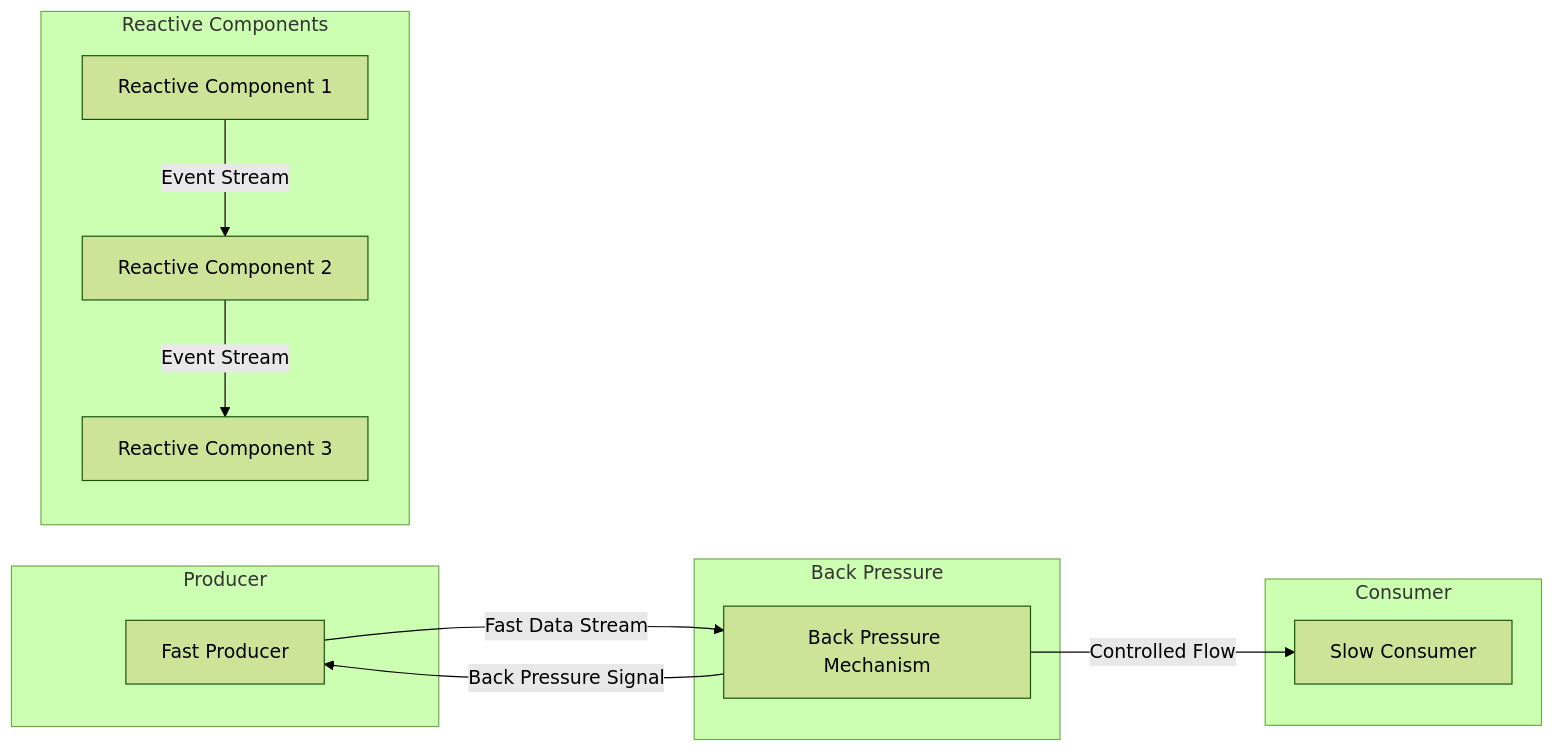
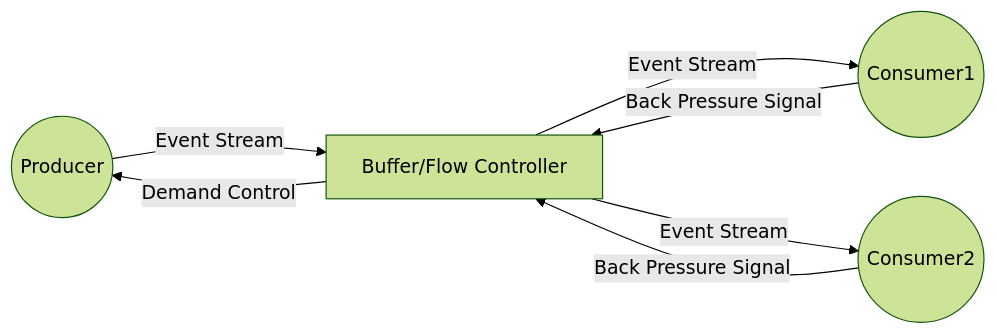
One commit to jjjjjunhyung/Roadmap changed diagram 11 of 13 in Challenge/System Architecture.md. Above: the diagram before and after it, drawn with Mermaid (forest theme). The commit also changed other lines of this file, not shown here.

Commit message:
Update System Architecture.md

````diff
--- a/Challenge/System Architecture.md
+++ b/Challenge/System Architecture.md
@@ -450,28 +450,9 @@
 ``` mermaid
-graph LR
-    subgraph "Producer"
-        P[Fast Producer]
-    end
-
-    subgraph "Back Pressure"
-        BP[Back Pressure Mechanism]
-    end
-
-    subgraph "Consumer"
-        C[Slow Consumer]
-    end
-
-    P -->|Fast Data Stream| BP
-    BP -->|Controlled Flow| C
-    
-    subgraph "Reactive Components"
-        direction TB
-        RC1[Reactive Component 1]
-        RC2[Reactive Component 2]
-        RC3[Reactive Component 3]
-    end
-
-    BP -->|Back Pressure Signal| P
-    RC1 -->|Event Stream| RC2
-    RC2 -->|Event Stream| RC3
+flowchart LR
+    A((Producer)) -->|Event Stream| B[Buffer/Flow Controller]
+    B -->|Event Stream| C((Consumer1))
+    B -->|Event Stream| D((Consumer2))
+    C -->|Back Pressure Signal| B
+    D -->|Back Pressure Signal| B
+    B -->|Demand Control| A
 ``` 
````
